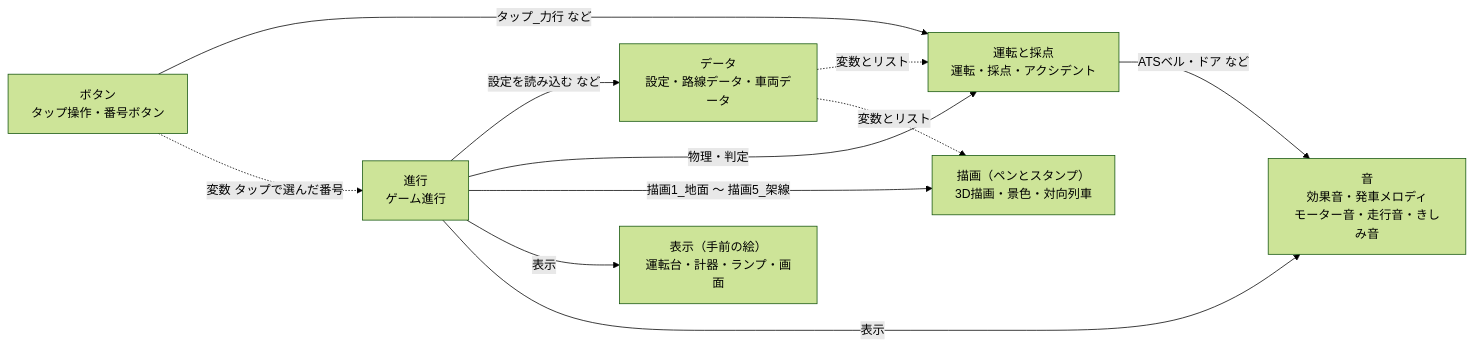
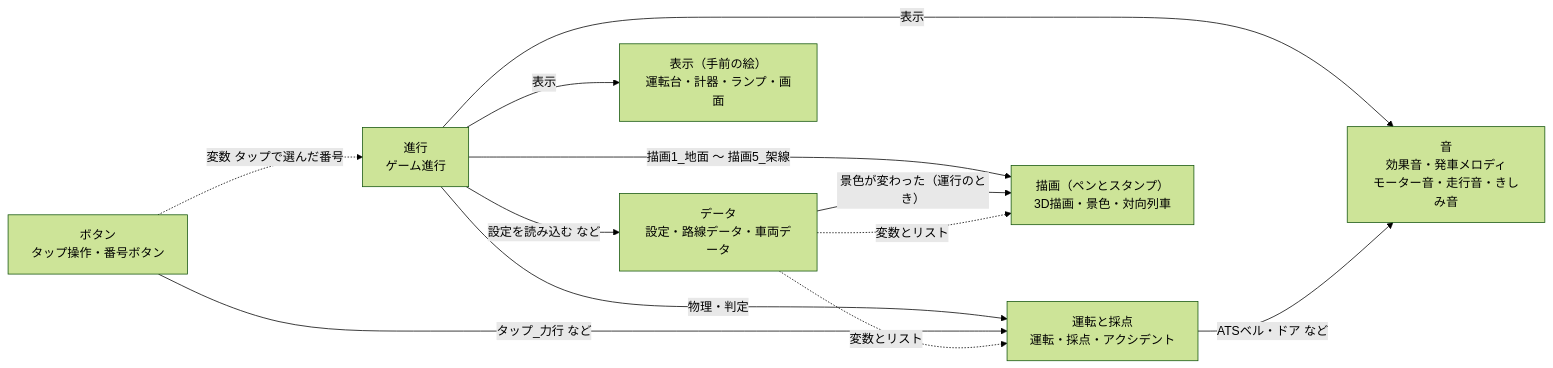
The first of 9 diagrams in docs/scratch-guide.md (hagishun/TRAIN-GAME-TRIALE), drawn with Mermaid (forest theme) before and after one commit. The commit also changed other lines of this file and 4 other files, not shown here.

````diff
--- a/docs/scratch-guide.md
+++ b/docs/scratch-guide.md
@@ -152,20 +155,21 @@
 ```mermaid
 flowchart LR
   shinko["進行<br/>ゲーム進行"]
   data["データ<br/>設定・路線データ・車両データ"]
   unten["運転と採点<br/>運転・採点・アクシデント"]
   byoga["描画（ペンとスタンプ）<br/>3D描画・景色・対向列車"]
   hyouji["表示（手前の絵）<br/>運転台・計器・ランプ・画面"]
   button["ボタン<br/>タップ操作・番号ボタン"]
   oto["音<br/>効果音・発車メロディ<br/>モーター音・走行音・きしみ音"]
   shinko -->|"設定を読み込む など"| data
   shinko -->|"物理・判定"| unten
   shinko -->|"描画1_地面 〜 描画5_架線"| byoga
   shinko -->|"表示"| hyouji
   shinko -->|"表示"| oto
   button -->|"タップ_力行 など"| unten
   button -.->|"変数 タップで選んだ番号"| shinko
   unten -->|"ATSベル・ドア など"| oto
+  data -->|"景色が変わった（運行のとき）"| byoga
   data -.->|"変数とリスト"| unten
   data -.->|"変数とリスト"| byoga
 ```
````
